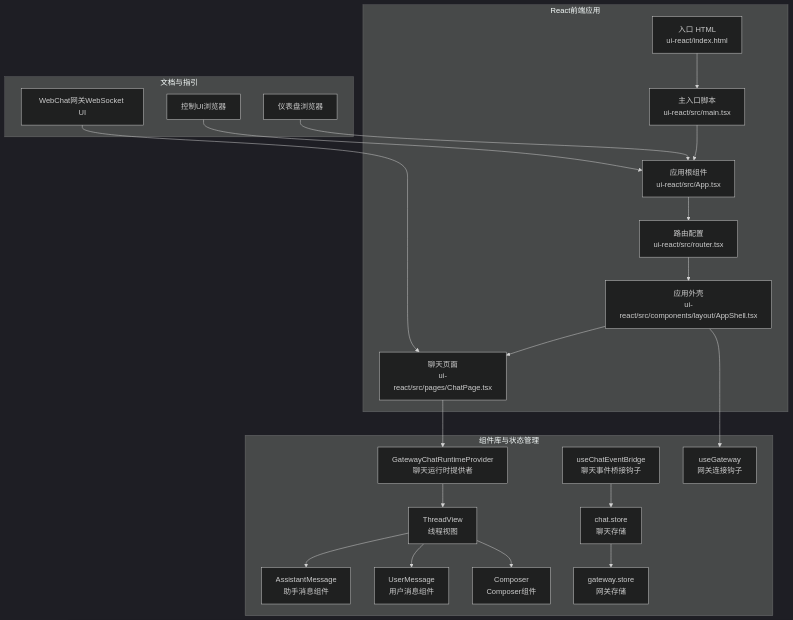
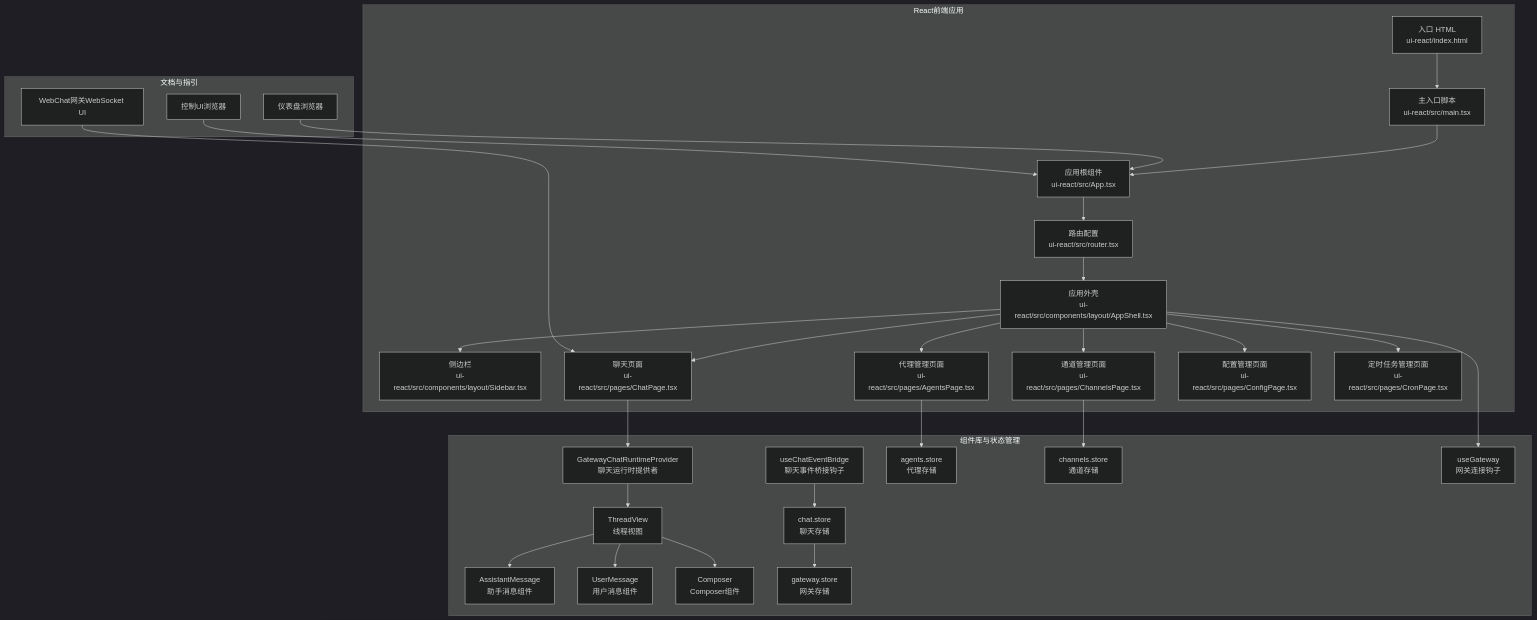
The first of 6 diagrams in .qoder/repowiki/zh/content/Web界面/Web界面.md (verse-ai-org/openclaw), drawn with Mermaid (dark theme) before and after one commit. The commit also changed other lines of this file and 41 other files, not shown here.

````diff
--- a/.qoder/repowiki/zh/content/Web界面/Web界面.md
+++ b/.qoder/repowiki/zh/content/Web界面/Web界面.md
@@ -50,42 +70,56 @@
 ```mermaid
 graph TB
 subgraph "文档与指引"
 D1["控制UI浏览器"]
 D2["仪表盘浏览器"]
 D3["WebChat网关WebSocket UI"]
 end
 subgraph "React前端应用"
 H["入口 HTML<br/>ui-react/index.html"]
 M["主入口脚本<br/>ui-react/src/main.tsx"]
 A["应用根组件<br/>ui-react/src/App.tsx"]
 R["路由配置<br/>ui-react/src/router.tsx"]
 AS["应用外壳<br/>ui-react/src/components/layout/AppShell.tsx"]
+SB["侧边栏<br/>ui-react/src/components/layout/Sidebar.tsx"]
 CP["聊天页面<br/>ui-react/src/pages/ChatPage.tsx"]
+AP["代理管理页面<br/>ui-react/src/pages/AgentsPage.tsx"]
+CNP["通道管理页面<br/>ui-react/src/pages/ChannelsPage.tsx"]
+CFP["配置管理页面<br/>ui-react/src/pages/ConfigPage.tsx"]
+CRP["定时任务管理页面<br/>ui-react/src/pages/CronPage.tsx"]
 end
 subgraph "组件库与状态管理"
 GCR["GatewayChatRuntimeProvider<br/>聊天运行时提供者"]
 TV["ThreadView<br/>线程视图"]
 AM["AssistantMessage<br/>助手消息组件"]
 UM["UserMessage<br/>用户消息组件"]
 CM["Composer<br/>Composer组件"]
 CEB["useChatEventBridge<br/>聊天事件桥接钩子"]
 CS["chat.store<br/>聊天存储"]
 GS["gateway.store<br/>网关存储"]
+ATS["agents.store<br/>代理存储"]
+CHS["channels.store<br/>通道存储"]
 UG["useGateway<br/>网关连接钩子"]
 end
 D1 --> A
 D2 --> A
 D3 --> CP
 H --> M --> A
 A --> R
 R --> AS
+AS --> SB
 AS --> CP
+AS --> AP
+AS --> CNP
+AS --> CFP
+AS --> CRP
 CP --> GCR
 GCR --> TV
 TV --> AM
 TV --> UM
 TV --> CM
 CEB --> CS
 CS --> GS
 AS --> UG
+AP --> ATS
+CNP --> CHS
 ```
````
